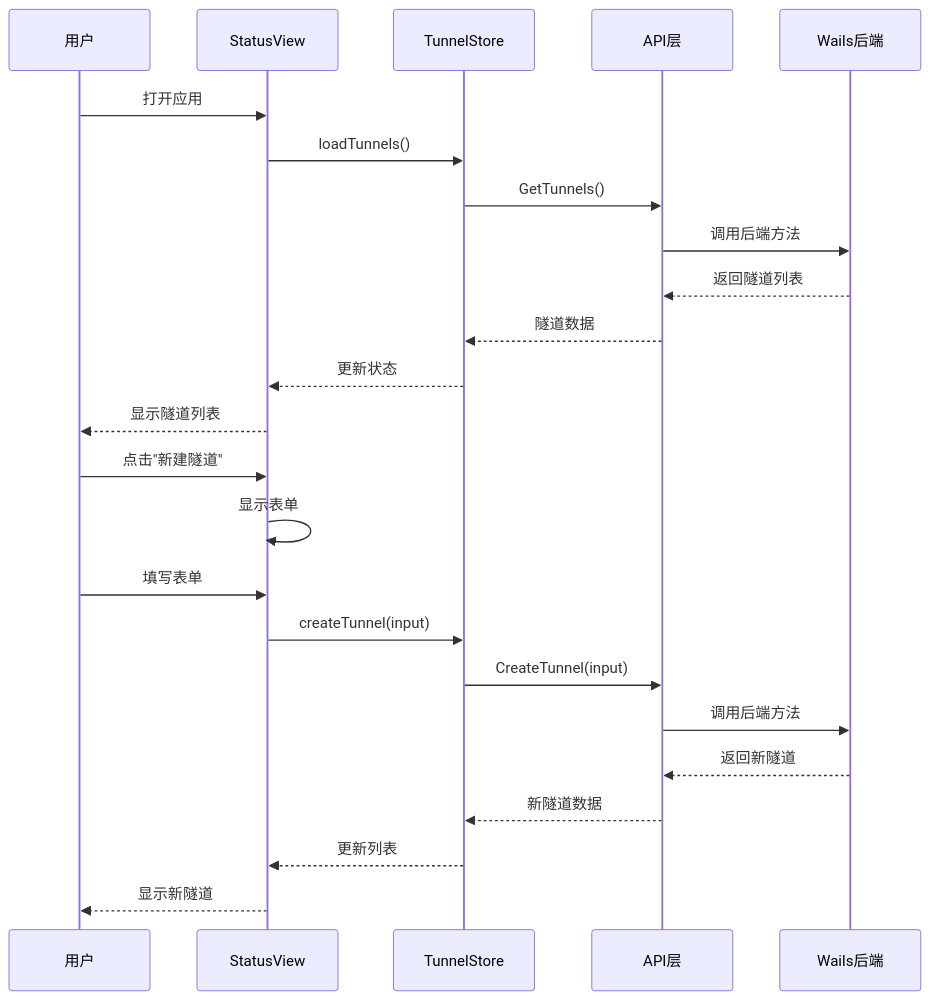
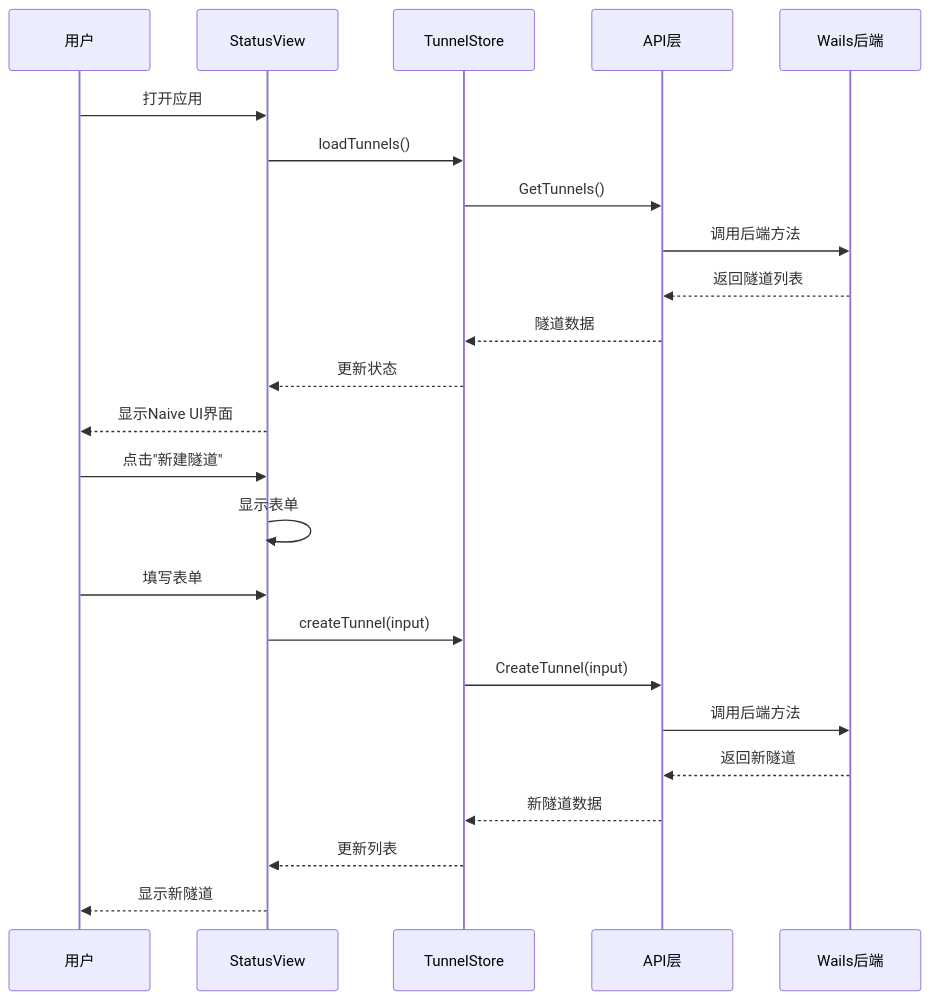
The seventh of 15 diagrams in .qoder/repowiki/zh/content/架构设计/桌面端架构设计/前端架构设计/前端架构设计.md (itsharex/NexTunnel), drawn with Mermaid before and after one commit. The commit also changed other lines of this file and 41 other files, not shown here.

````diff
--- a/.qoder/repowiki/zh/content/架构设计/桌面端架构设计/前端架构设计/前端架构设计.md
+++ b/.qoder/repowiki/zh/content/架构设计/桌面端架构设计/前端架构设计/前端架构设计.md
@@ -301,26 +367,26 @@
 ```mermaid
 sequenceDiagram
 participant User as 用户
 participant View as StatusView
 participant Store as TunnelStore
 participant API as API层
 participant Backend as Wails后端
 User->>View : 打开应用
 View->>Store : loadTunnels()
 Store->>API : GetTunnels()
 API->>Backend : 调用后端方法
 Backend-->>API : 返回隧道列表
 API-->>Store : 隧道数据
 Store-->>View : 更新状态
-View-->>User : 显示隧道列表
+View-->>User : 显示Naive UI界面
 User->>View : 点击"新建隧道"
 View->>View : 显示表单
 User->>View : 填写表单
 View->>Store : createTunnel(input)
 Store->>API : CreateTunnel(input)
 API->>Backend : 调用后端方法
 Backend-->>API : 返回新隧道
 API-->>Store : 新隧道数据
 Store-->>View : 更新列表
 View-->>User : 显示新隧道
 ```
````
